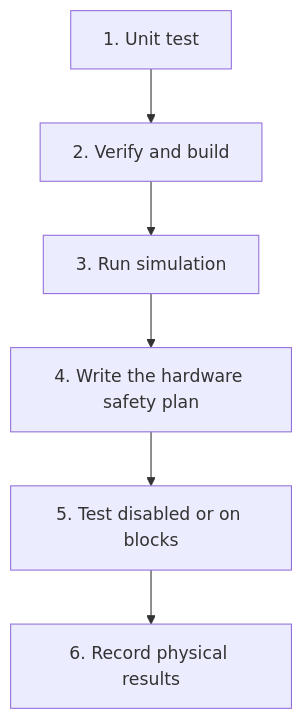
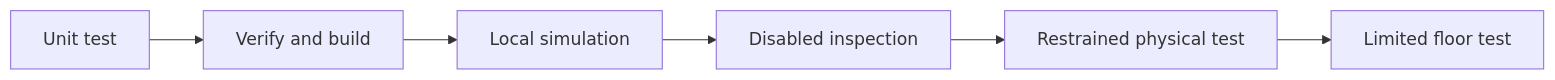
Before and after one commit to ARES-23247/ARESWEB: the diagram in content/learning/robotics-foundations/07-simulation-limits.md, drawn with Mermaid. The commit also changed other lines of this file and 47 other files, not shown here.

````diff
--- a/content/learning/robotics-foundations/07-simulation-limits.md
+++ b/content/learning/robotics-foundations/07-simulation-limits.md
@@ -30,9 +42,9 @@
 ```mermaid
-%% aria: Test software first, then build, simulate, plan the hardware check, test disabled on blocks, and finally record physical evidence.
-flowchart TD
-    A["1. Unit test"] --> B["2. Verify and build"]
-    B --> C["3. Run simulation"]
-    C --> D["4. Write the hardware safety plan"]
-    D --> E["5. Test disabled or on blocks"]
-    E --> F["6. Record physical results"]
+%% aria: Evidence moves from a unit test to verification, local simulation, disabled inspection, a restrained physical test, and a limited floor test. Each level answers new questions and keeps earlier evidence.
+flowchart LR
+    A["Unit test"] --> B["Verify and build"]
+    B --> C["Local simulation"]
+    C --> D["Disabled inspection"]
+    D --> E["Restrained physical test"]
+    E --> F["Limited floor test"]
 ```
````
